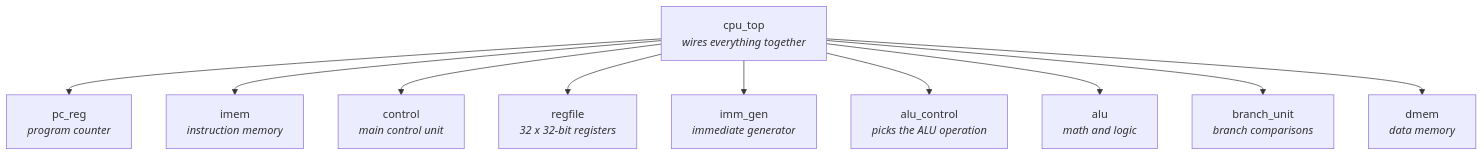
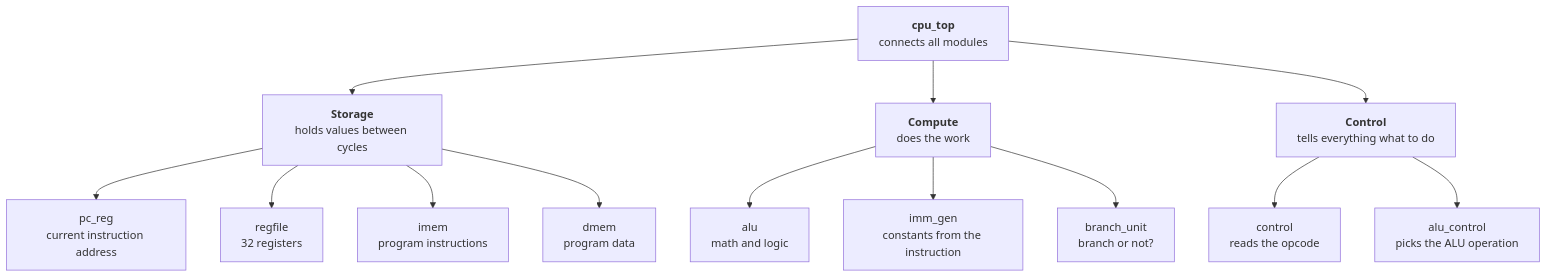
One commit to wangjeffrey42/riscv-single-cycle-cpu changed the second of 2 diagrams in README.md. Above: the diagram before and after it, drawn with Mermaid. The commit also changed other lines of this file, not shown here.

Commit message:
restructured cpu diagram: less elements and clear progression

````diff
--- a/README.md
+++ b/README.md
@@ -43,13 +76,20 @@
 ```mermaid
 flowchart TD
-    top["cpu_top<br/><i>wires everything together</i>"]
-    top --> pc["pc_reg<br/><i>program counter</i>"]
-    top --> imem["imem<br/><i>instruction memory</i>"]
-    top --> ctrl["control<br/><i>main control unit</i>"]
-    top --> rf["regfile<br/><i>32 x 32-bit registers</i>"]
-    top --> imm["imm_gen<br/><i>immediate generator</i>"]
-    top --> aluc["alu_control<br/><i>picks the ALU operation</i>"]
-    top --> alu["alu<br/><i>math and logic</i>"]
-    top --> br["branch_unit<br/><i>branch comparisons</i>"]
-    top --> dmem["dmem<br/><i>data memory</i>"]
+    TOP["<b>cpu_top</b><br/>connects all modules"]
+
+    TOP --> STATE["<b>Storage</b><br/>holds values between cycles"]
+    TOP --> COMPUTE["<b>Compute</b><br/>does the work"]
+    TOP --> CONTROL["<b>Control</b><br/>tells everything what to do"]
+
+    STATE --> pc_reg["pc_reg<br/>current instruction address"]
+    STATE --> regfile["regfile<br/>32 registers"]
+    STATE --> imem["imem<br/>program instructions"]
+    STATE --> dmem["dmem<br/>program data"]
+
+    COMPUTE --> alu["alu<br/>math and logic"]
+    COMPUTE --> imm_gen["imm_gen<br/>constants from the instruction"]
+    COMPUTE --> branch_unit["branch_unit<br/>branch or not?"]
+
+    CONTROL --> control["control<br/>reads the opcode"]
+    CONTROL --> alu_control["alu_control<br/>picks the ALU operation"]
 ```
````
